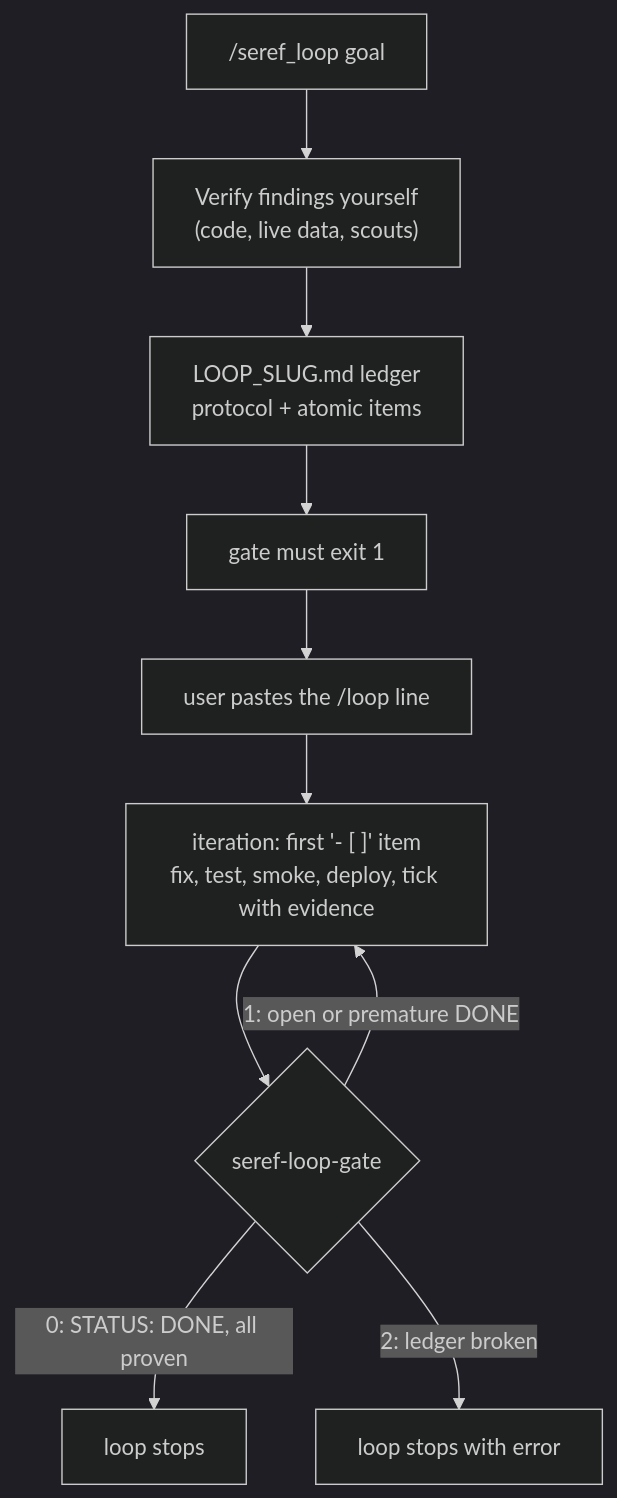
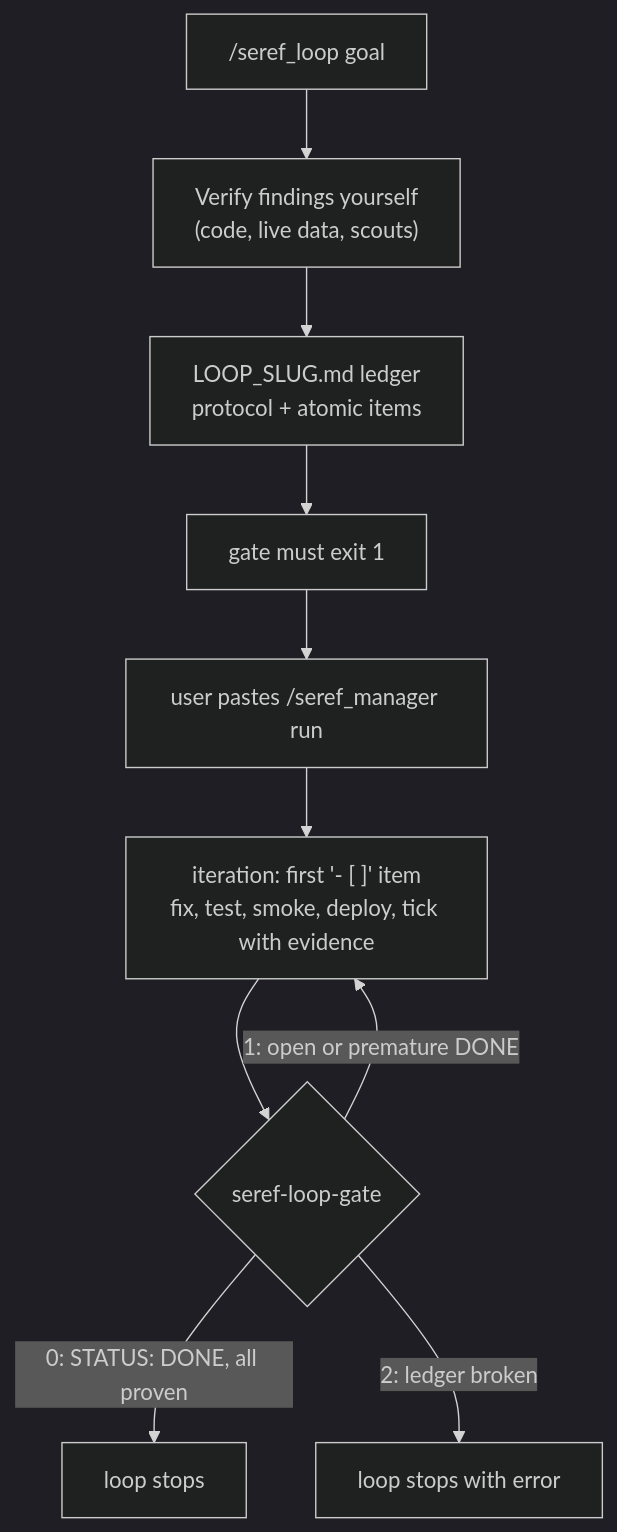
Before and after one commit to seros-cimenstein/omp-agent-tools: the diagram in seref_loop/README.md, drawn with Mermaid (dark theme). The commit also changed other lines of this file and 2 other files, not shown here.

Commit message:
seref_loop: point the reply and ledger at /seref_manager, keep /loop --until as the fallback

````diff
--- a/seref_loop/README.md
+++ b/seref_loop/README.md
@@ -12,12 +12,12 @@
 ```mermaid
 flowchart TD
   A["/seref_loop goal"] --> B["Verify findings yourself<br/>(code, live data, scouts)"]
   B --> C["LOOP_SLUG.md ledger<br/>protocol + atomic items"]
   C --> D["gate must exit 1"]
-  D --> E["user pastes the /loop line"]
+  D --> E["user pastes /seref_manager run"]
   E --> F["iteration: first '- [ ]' item<br/>fix, test, smoke, deploy, tick with evidence"]
   F --> G{"seref-loop-gate"}
   G -->|"1: open or premature DONE"| F
   G -->|"0: STATUS: DONE, all proven"| H["loop stops"]
   G -->|"2: ledger broken"| I["loop stops with error"]
 ```
````
